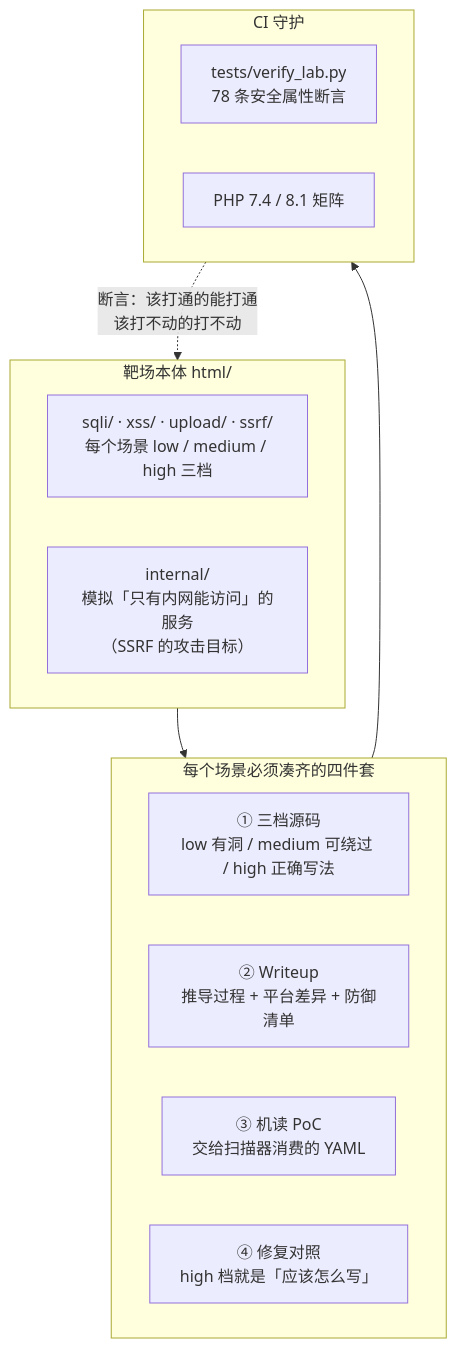
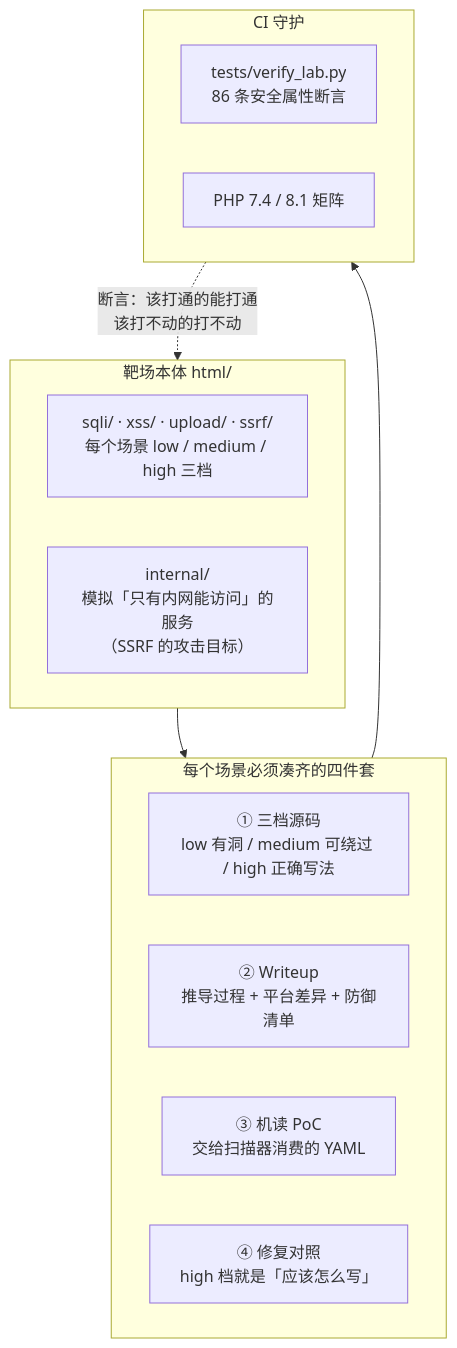
The diagram in README.md (hediwen831-star/vulnlab), drawn with Mermaid before and after one commit. The commit also changed other lines of this file and 11 other files, not shown here.

````diff
--- a/README.md
+++ b/README.md
@@ -92,24 +92,24 @@
 ```mermaid
 flowchart TB
     subgraph LAB["靶场本体 html/"]
         L1["sqli/ · xss/ · upload/ · ssrf/<br/>每个场景 low / medium / high 三档"]
         L2["internal/<br/>模拟「只有内网能访问」的服务<br/>（SSRF 的攻击目标）"]
     end
 
     subgraph SET["每个场景必须凑齐的四件套"]
         direction LR
         A1["① 三档源码<br/>low 有洞 / medium 可绕过 / high 正确写法"]
         A2["② Writeup<br/>推导过程 + 平台差异 + 防御清单"]
         A3["③ 机读 PoC<br/>交给扫描器消费的 YAML"]
         A4["④ 修复对照<br/>high 档就是「应该怎么写」"]
     end
 
     subgraph CI["CI 守护"]
-        C1["tests/verify_lab.py<br/>78 条安全属性断言"]
+        C1["tests/verify_lab.py<br/>86 条安全属性断言"]
         C2["PHP 7.4 / 8.1 矩阵"]
     end
 
     LAB --> SET
     SET --> CI
     CI -. "断言：该打通的能打通<br/>该打不动的打不动" .-> LAB
 ```
````
